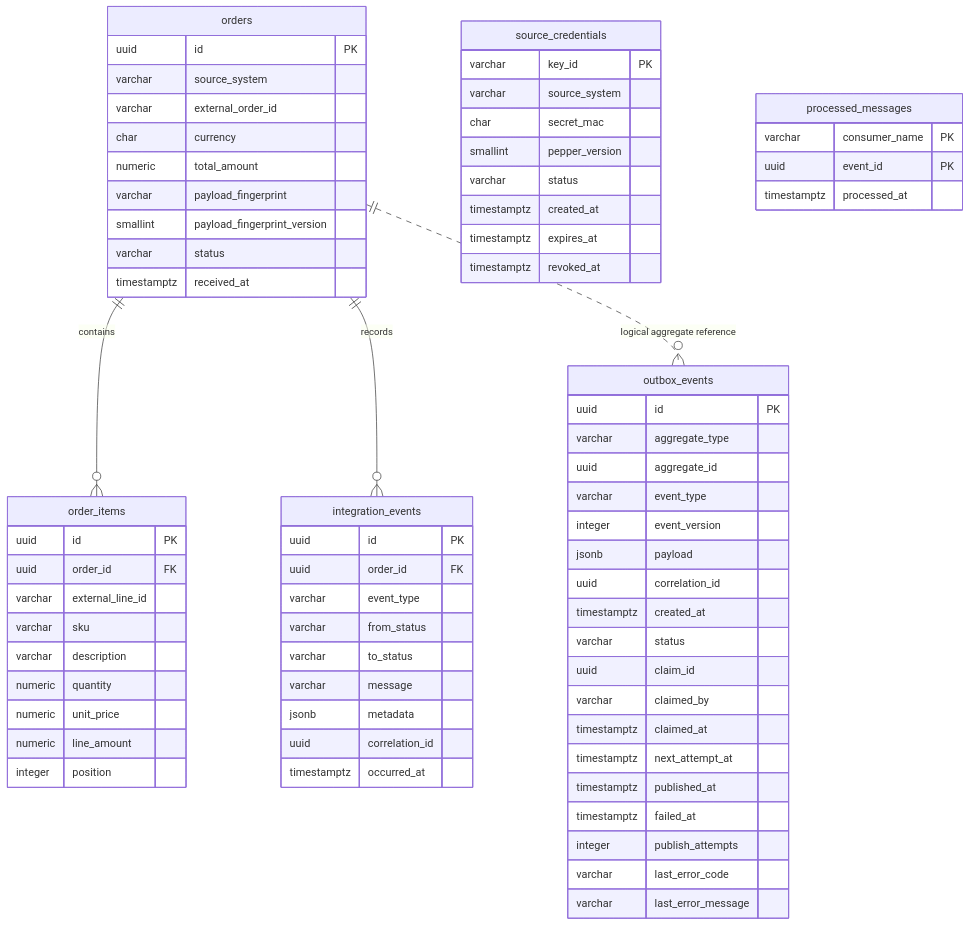
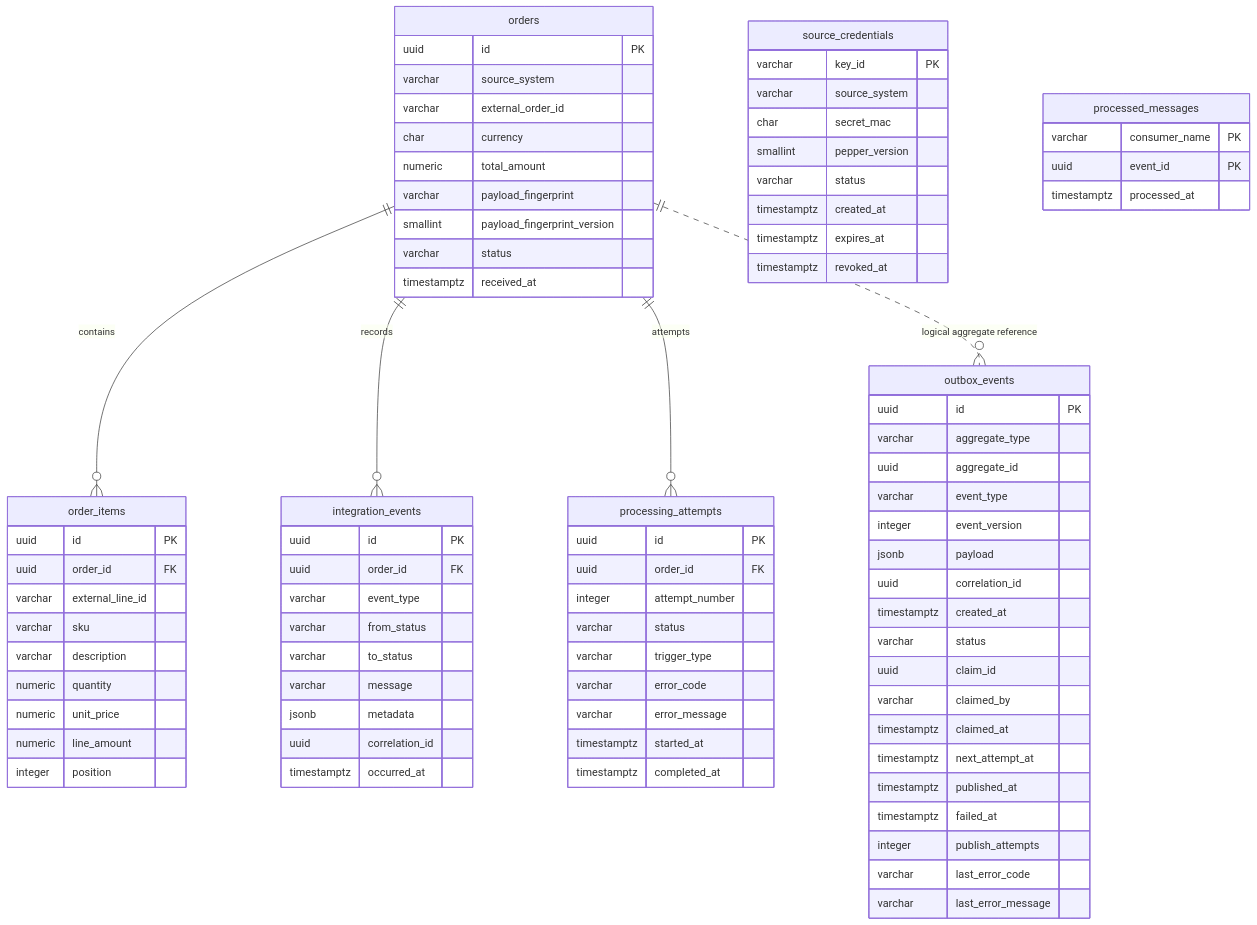
The diagram in docs/data-model.md (PietroRussoD/commerce-integration-hub), drawn with Mermaid before and after one commit. The commit also changed other lines of this file and 3 other files, not shown here.

Commit message:
🗃️ Add processing attempt persistence

````diff
--- a/docs/data-model.md
+++ b/docs/data-model.md
@@ -7,6 +7,7 @@
 erDiagram
     orders ||--o{ order_items : contains
     orders ||--o{ integration_events : records
+    orders ||--o{ processing_attempts : attempts
     orders ||..o{ outbox_events : "logical aggregate reference"
 
     source_credentials {
@@ -82,4 +83,16 @@
         uuid event_id PK
         timestamptz processed_at
     }
+
+    processing_attempts {
+        uuid id PK
+        uuid order_id FK
+        integer attempt_number
+        varchar status
+        varchar trigger_type
+        varchar error_code
+        varchar error_message
+        timestamptz started_at
+        timestamptz completed_at
+    }
 ```
````
